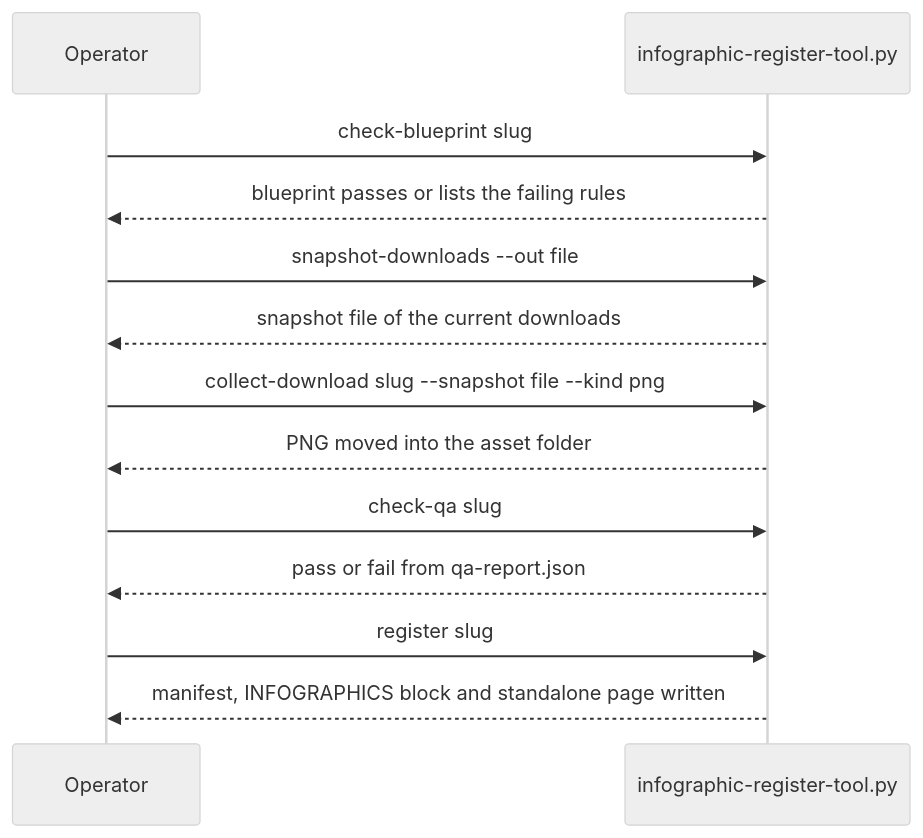
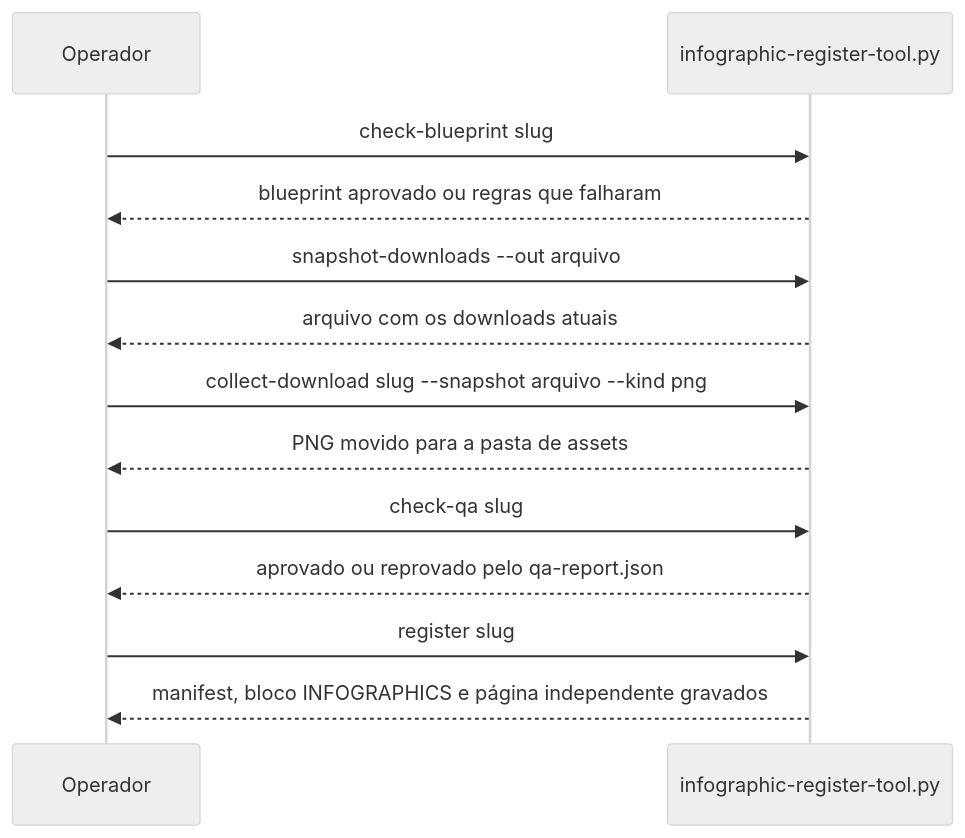
The second of 2 diagrams in README.md (sophia-phillipa/claude-native-commands), drawn with Mermaid (neutral theme) before and after one commit. The commit also changed other lines of this file and 2 other files, not shown here.

````diff
--- a/README.md
+++ b/README.md
@@ -179,15 +177,15 @@
 ```mermaid
 sequenceDiagram
-    participant Operator
-    participant Tool as infographic-register-tool.py
-    Operator->>Tool: check-blueprint slug
-    Tool-->>Operator: blueprint passes or lists the failing rules
-    Operator->>Tool: snapshot-downloads --out file
-    Tool-->>Operator: snapshot file of the current downloads
-    Operator->>Tool: collect-download slug --snapshot file --kind png
-    Tool-->>Operator: PNG moved into the asset folder
-    Operator->>Tool: check-qa slug
-    Tool-->>Operator: pass or fail from qa-report.json
-    Operator->>Tool: register slug
-    Tool-->>Operator: manifest, INFOGRAPHICS block and standalone page written
+    participant Operador
+    participant Ferramenta as infographic-register-tool.py
+    Operador->>Ferramenta: check-blueprint slug
+    Ferramenta-->>Operador: blueprint aprovado ou regras que falharam
+    Operador->>Ferramenta: snapshot-downloads --out arquivo
+    Ferramenta-->>Operador: arquivo com os downloads atuais
+    Operador->>Ferramenta: collect-download slug --snapshot arquivo --kind png
+    Ferramenta-->>Operador: PNG movido para a pasta de assets
+    Operador->>Ferramenta: check-qa slug
+    Ferramenta-->>Operador: aprovado ou reprovado pelo qa-report.json
+    Operador->>Ferramenta: register slug
+    Ferramenta-->>Operador: manifest, bloco INFOGRAPHICS e página independente gravados
 ```
````
